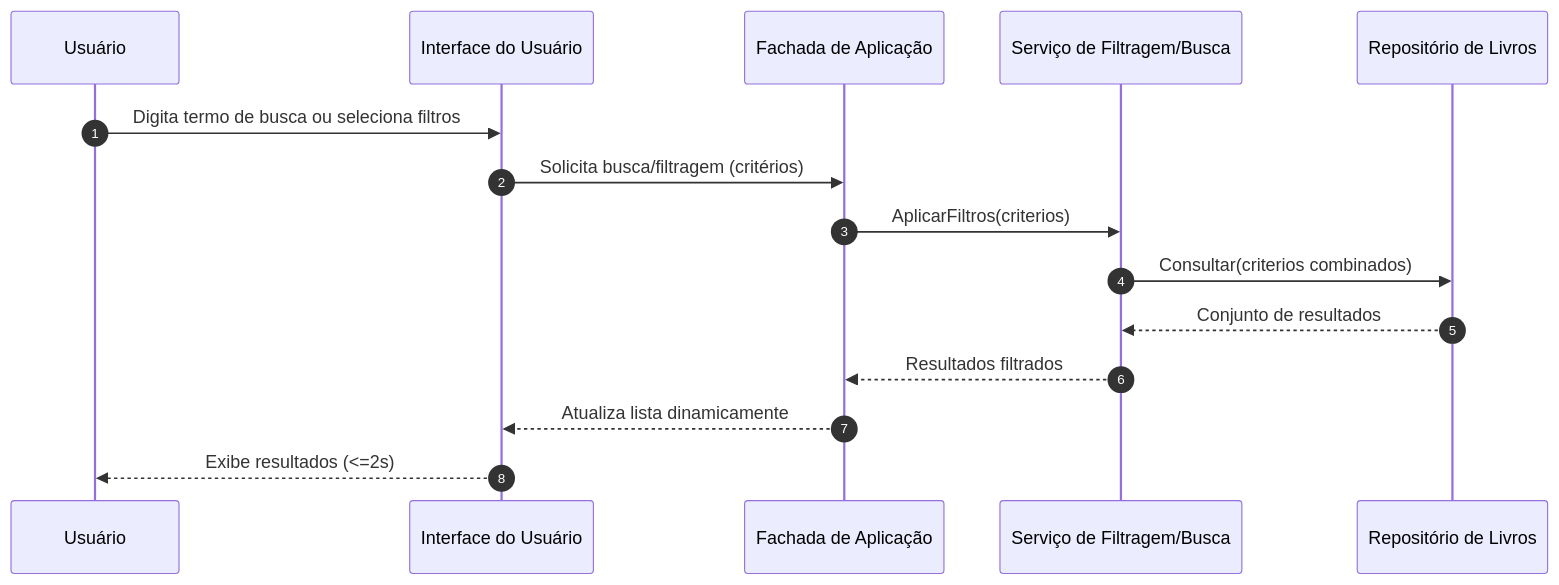
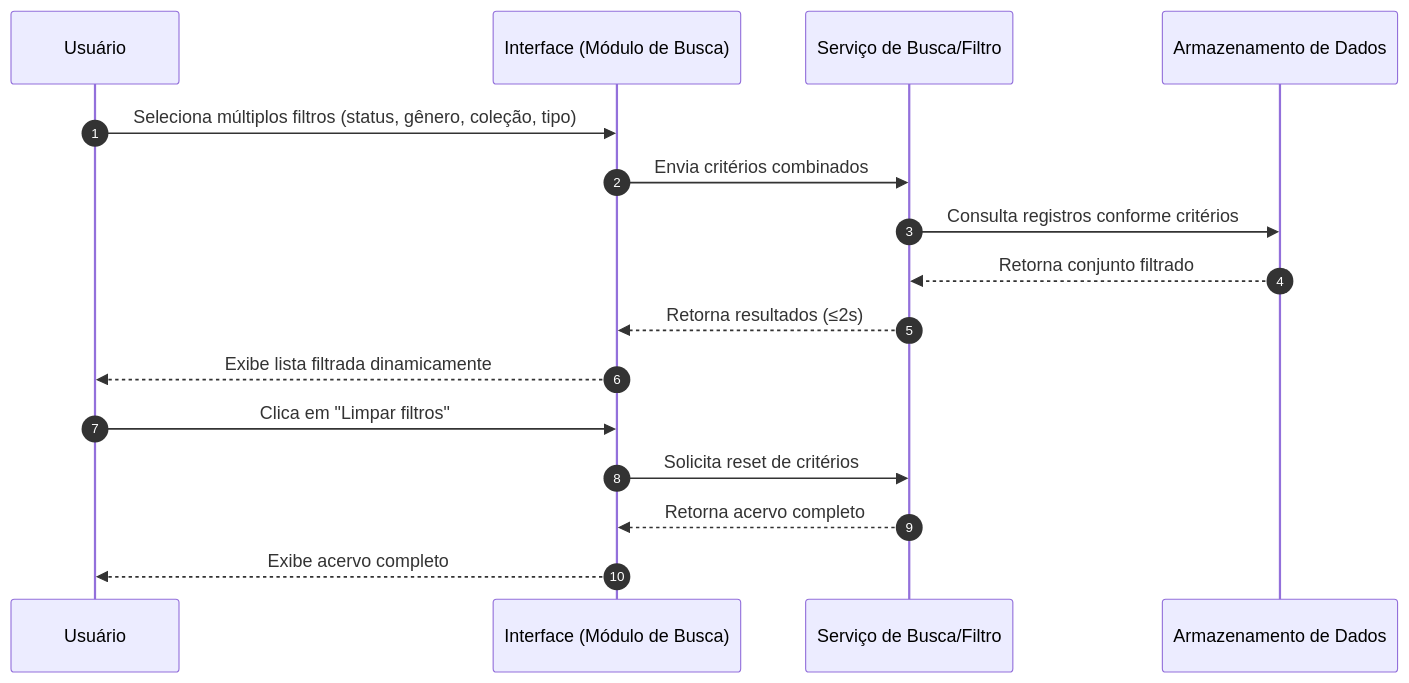
The third of 4 diagrams in docs/Time_2_Design/analise-qualitativa/outputs/relatorio_claude_sonnet_5_P04.md (PDC-ESIA/AI4ES), drawn with Mermaid before and after one commit. The commit also changed other lines of this file and 107 other files, not shown here.

````diff
--- a/docs/Time_2_Design/analise-qualitativa/outputs/relatorio_claude_sonnet_5_P04.md
+++ b/docs/Time_2_Design/analise-qualitativa/outputs/relatorio_claude_sonnet_5_P04.md
@@ -110,18 +104,19 @@
 ```mermaid
 sequenceDiagram
     autonumber
     participant Usuario as Usuário
-    participant UI as Interface do Usuário
-    participant API as Fachada de Aplicação
-    participant FILTRO as Serviço de Filtragem/Busca
-    participant REPO as Repositório de Livros
+    participant UI as Interface (Módulo de Busca)
+    participant SearchSvc as Serviço de Busca/Filtro
+    participant Store as Armazenamento de Dados
 
-    Usuario->>UI: Digita termo de busca ou seleciona filtros
-    UI->>API: Solicita busca/filtragem (critérios)
-    API->>FILTRO: AplicarFiltros(criterios)
-    FILTRO->>REPO: Consultar(criterios combinados)
-    REPO-->>FILTRO: Conjunto de resultados
-    FILTRO-->>API: Resultados filtrados
-    API-->>UI: Atualiza lista dinamicamente
-    UI-->>Usuario: Exibe resultados (<=2s)
+    Usuario->>UI: Seleciona múltiplos filtros (status, gênero, coleção, tipo)
+    UI->>SearchSvc: Envia critérios combinados
+    SearchSvc->>Store: Consulta registros conforme critérios
+    Store-->>SearchSvc: Retorna conjunto filtrado
+    SearchSvc-->>UI: Retorna resultados (≤2s)
+    UI-->>Usuario: Exibe lista filtrada dinamicamente
+    Usuario->>UI: Clica em "Limpar filtros"
+    UI->>SearchSvc: Solicita reset de critérios
+    SearchSvc-->>UI: Retorna acervo completo
+    UI-->>Usuario: Exibe acervo completo
 ```
````
